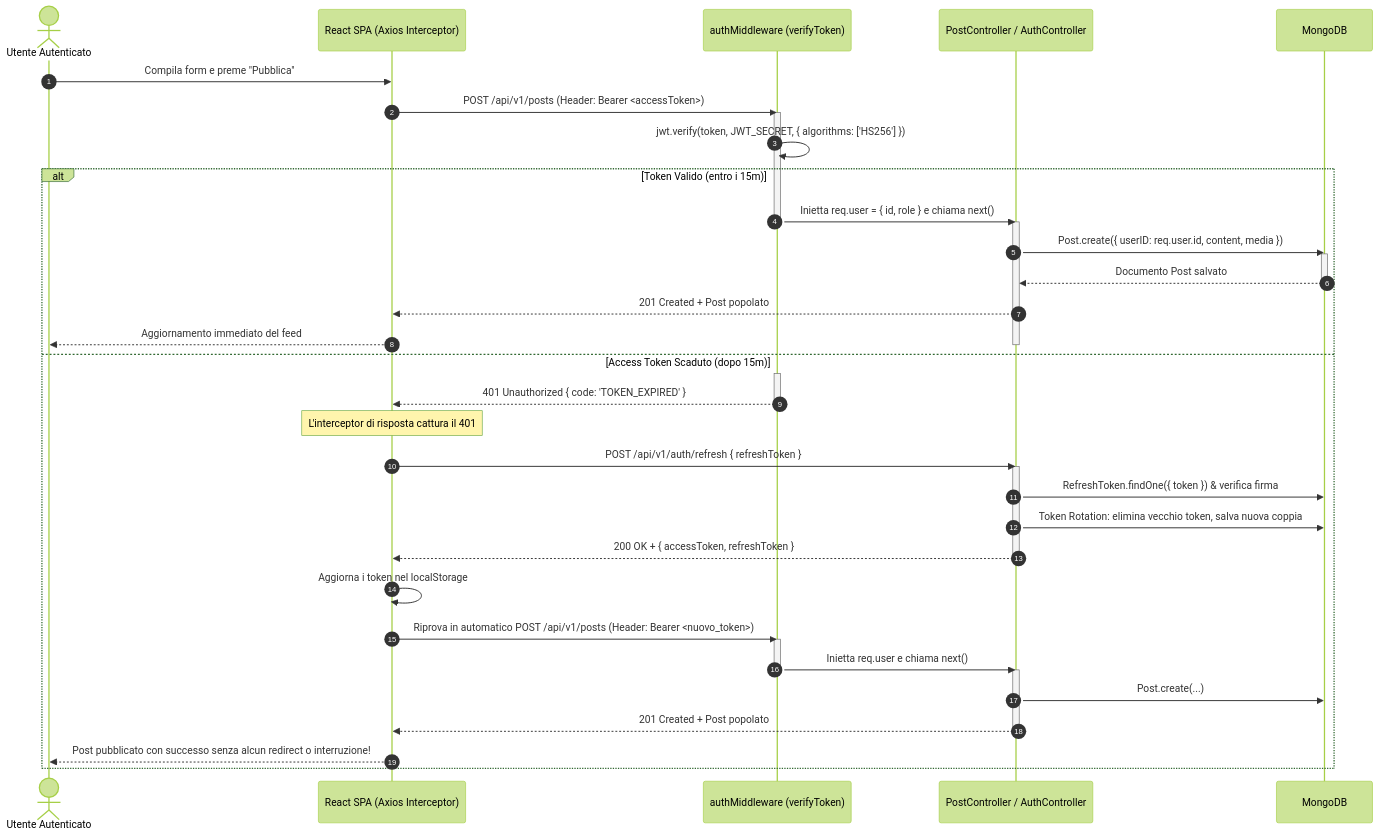
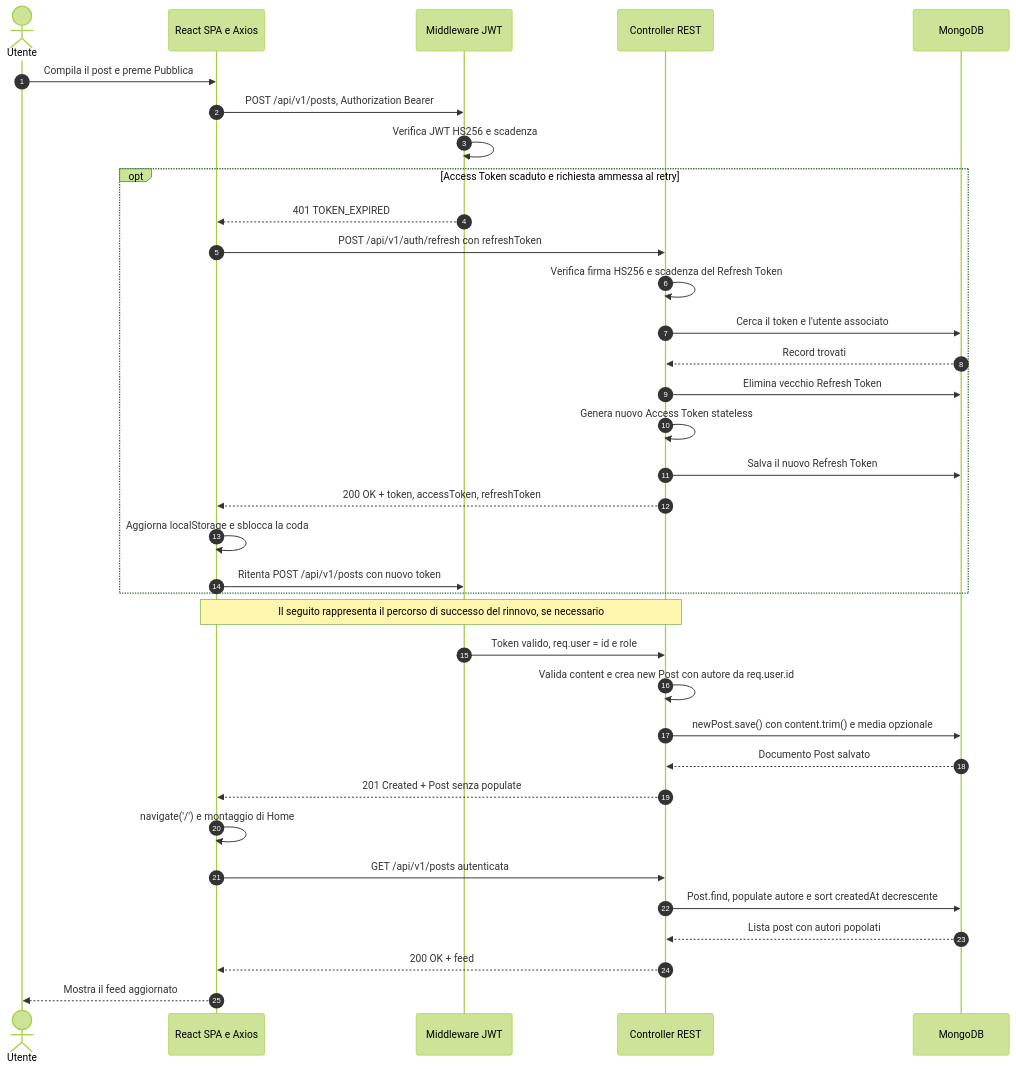
The fourth of 5 diagrams in README.md (LucaValenz/JamPulse), drawn with Mermaid (forest theme) before and after one commit. The commit also changed other lines of this file and 22 other files, not shown here.

First line of the commit message:
Aggiorna documentazione tecnica e diagrammi

````diff
--- a/README.md
+++ b/README.md
@@ -326,47 +300,38 @@
 ```mermaid
 sequenceDiagram
     autonumber
-    actor Utente as Utente Autenticato
-    participant FE as React SPA (Axios Interceptor)
-    participant AuthMW as authMiddleware (verifyToken)
-    participant BE as PostController / AuthController
+    actor Utente
+    participant FE as React SPA e Axios
+    participant Auth as Middleware JWT
+    participant BE as Controller REST
     participant DB as MongoDB
 
-    Utente ->> FE: Compila form e preme "Pubblica"
-    FE ->> AuthMW: POST /api/v1/posts (Header: Bearer <accessToken>)
-    activate AuthMW
-    AuthMW ->> AuthMW: jwt.verify(token, JWT_SECRET, { algorithms: ['HS256'] })
-    alt Token Valido (entro i 15m)
-        AuthMW ->> BE: Inietta req.user = { id, role } e chiama next()
-        deactivate AuthMW
-        activate BE
-        BE ->> DB: Post.create({ userID: req.user.id, content, media })
-        activate DB
-        DB -->> BE: Documento Post salvato
-        deactivate DB
-        BE -->> FE: 201 Created + Post popolato
-        FE -->> Utente: Aggiornamento immediato del feed
-        deactivate BE
-    else Access Token Scaduto (dopo 15m)
-        activate AuthMW
-        AuthMW -->> FE: 401 Unauthorized { code: 'TOKEN_EXPIRED' }
-        deactivate AuthMW
-        Note over FE: L'interceptor di risposta cattura il 401
-        FE ->> BE: POST /api/v1/auth/refresh { refreshToken }
-        activate BE
-        BE ->> DB: RefreshToken.findOne({ token }) & verifica firma
-        BE ->> DB: Token Rotation: elimina vecchio token, salva nuova coppia
-        BE -->> FE: 200 OK + { accessToken, refreshToken }
-        deactivate BE
-        FE ->> FE: Aggiorna i token nel localStorage
-        FE ->> AuthMW: Riprova in automatico POST /api/v1/posts (Header: Bearer <nuovo_token>)
-        activate AuthMW
-        AuthMW ->> BE: Inietta req.user e chiama next()
-        deactivate AuthMW
-        activate BE
-        BE ->> DB: Post.create(...)
-        BE -->> FE: 201 Created + Post popolato
-        deactivate BE
-        FE -->> Utente: Post pubblicato con successo senza alcun redirect o interruzione!
+    Utente ->> FE: Compila il post e preme Pubblica
+    FE ->> Auth: POST /api/v1/posts, Authorization Bearer
+    Auth ->> Auth: Verifica JWT HS256 e scadenza
+    opt Access Token scaduto e richiesta ammessa al retry
+        Auth -->> FE: 401 TOKEN_EXPIRED
+        FE ->> BE: POST /api/v1/auth/refresh con refreshToken
+        BE ->> BE: Verifica firma HS256 e scadenza del Refresh Token
+        BE ->> DB: Cerca il token e l'utente associato
+        DB -->> BE: Record trovati
+        BE ->> DB: Elimina vecchio Refresh Token
+        BE ->> BE: Genera nuovo Access Token stateless
+        BE ->> DB: Salva il nuovo Refresh Token
+        BE -->> FE: 200 OK + token, accessToken, refreshToken
+        FE ->> FE: Aggiorna localStorage e sblocca la coda
+        FE ->> Auth: Ritenta POST /api/v1/posts con nuovo token
     end
+    Note over FE,BE: Il seguito rappresenta il percorso di successo del rinnovo, se necessario
+    Auth ->> BE: Token valido, req.user = id e role
+    BE ->> BE: Valida content e crea new Post con autore da req.user.id
+    BE ->> DB: newPost.save() con content.trim() e media opzionale
+    DB -->> BE: Documento Post salvato
+    BE -->> FE: 201 Created + Post senza populate
+    FE ->> FE: navigate('/') e montaggio di Home
+    FE ->> BE: GET /api/v1/posts autenticata
+    BE ->> DB: Post.find, populate autore e sort createdAt decrescente
+    DB -->> BE: Lista post con autori popolati
+    BE -->> FE: 200 OK + feed
+    FE -->> Utente: Mostra il feed aggiornato
 ```
````
